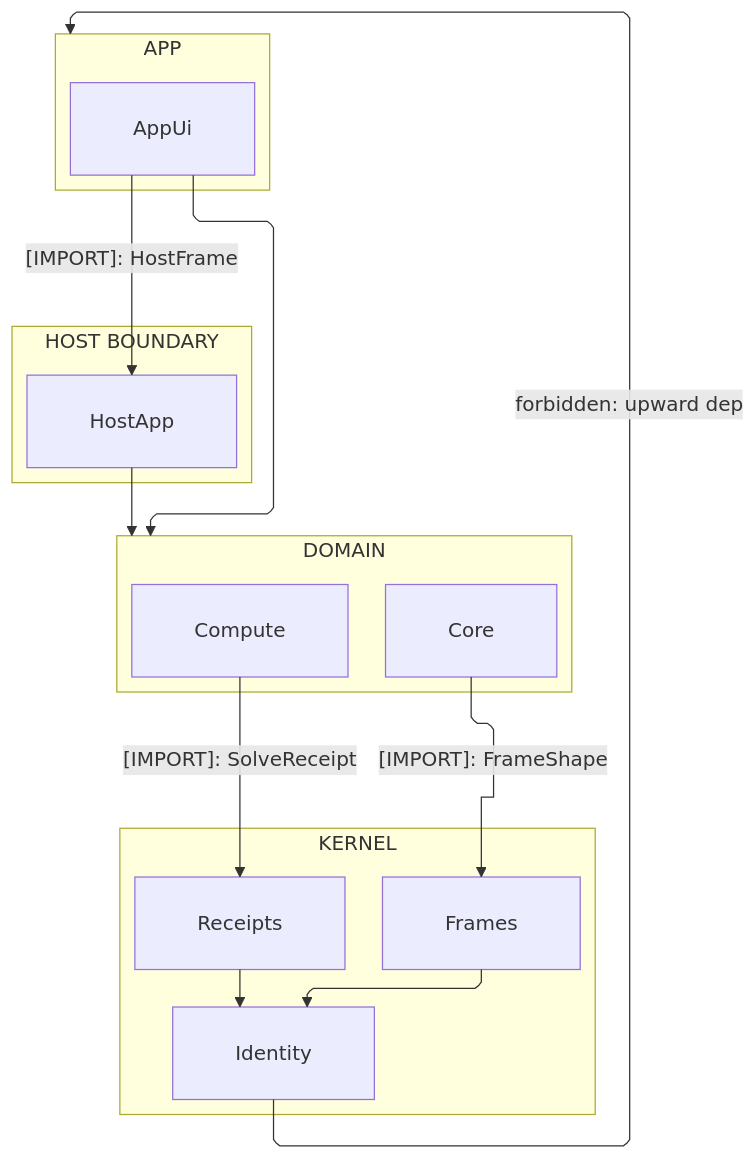
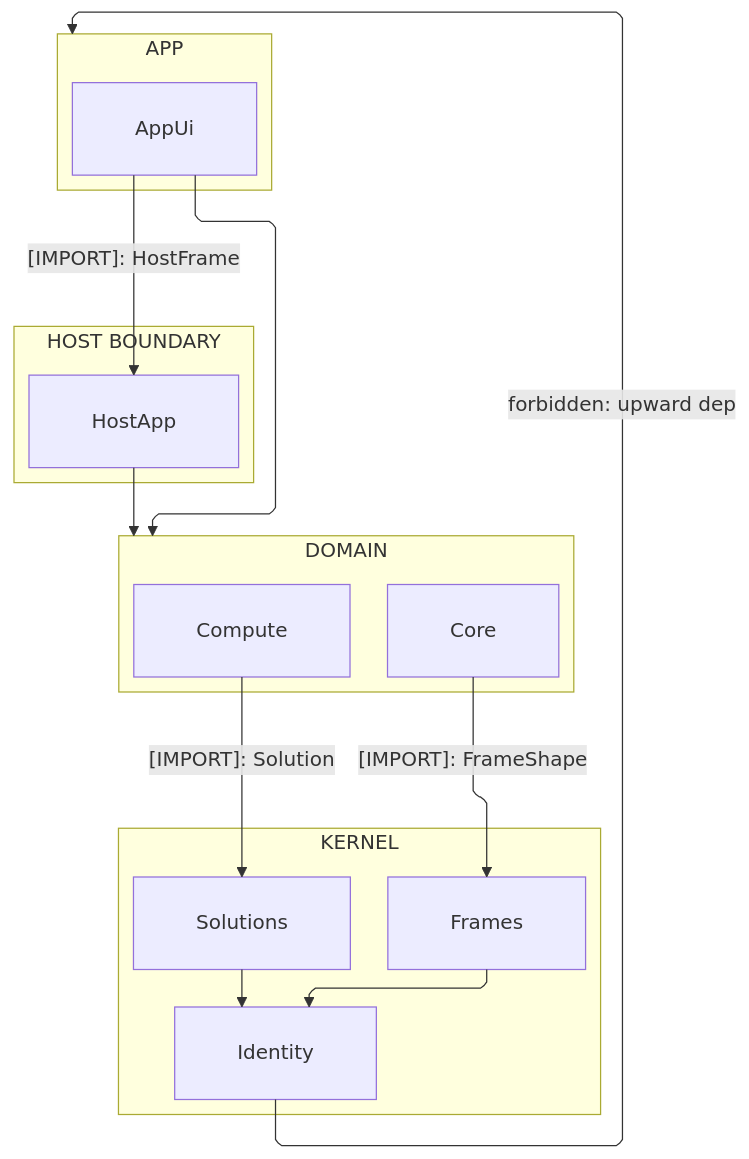
Before and after one commit to bsamiee/Rasm: the diagram in .claude/skills/mermaid-diagramming/templates/strata.mmd.md, drawn with Mermaid. The commit also changed 1417 other files, not shown here.

````diff
--- a/.claude/skills/mermaid-diagramming/templates/strata.mmd.md
+++ b/.claude/skills/mermaid-diagramming/templates/strata.mmd.md
@@ -5,35 +5,35 @@
 ```mermaid
 ---
 config:
   layout: elk
   flowchart:
     curve: linear
     padding: 25
 ---
 flowchart TB
     accTitle: Package stratum law
     accDescr: Four stacked strata from app through host boundary and domain onto a member-resolved kernel, downward-only import edges naming one sourced type each, cluster-target edges landing on layer boundaries, and one labeled forbidden upward edge.
     subgraph L4[APP]
         App[AppUi]
     end
     subgraph L3[HOST BOUNDARY]
         Host[HostApp]
     end
     subgraph L2[DOMAIN]
         Core[Core]
         Compute[Compute]
     end
     subgraph L1[KERNEL]
         Frames[Frames]
         Identity[Identity]
-        Receipts[Receipts]
+        Solutions[Solutions]
     end
     App e1@-->|"[IMPORT]: HostFrame"| Host
     Host e2@--> L2
     App e3@--> L2
     Core e4@-->|"[IMPORT]: FrameShape"| Frames
-    Compute e5@-->|"[IMPORT]: SolveReceipt"| Receipts
+    Compute e5@-->|"[IMPORT]: Solution"| Solutions
     Frames r1@--> Identity
-    Receipts r2@--> Identity
+    Solutions r2@--> Identity
     Identity f1@-->|"forbidden: upward dep"| L4
 ```
````
